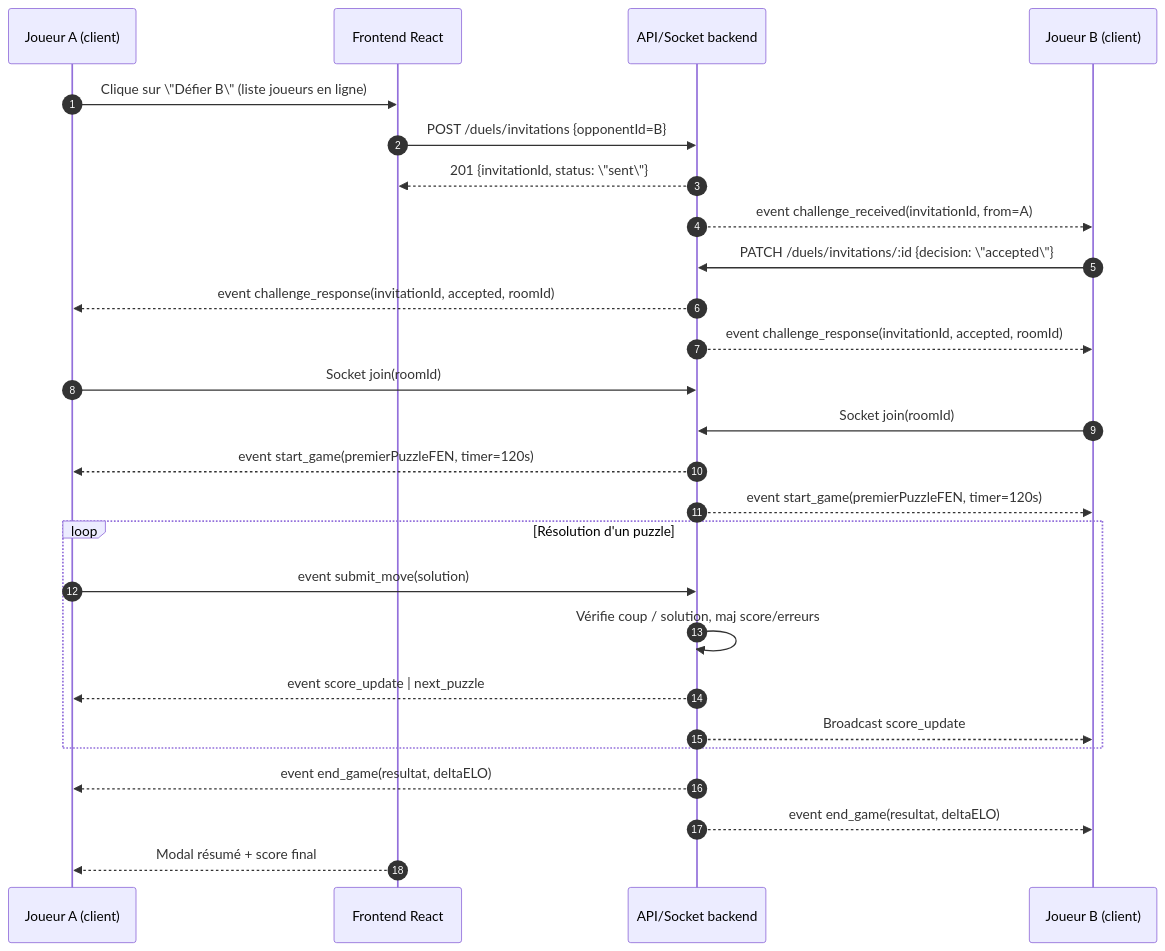
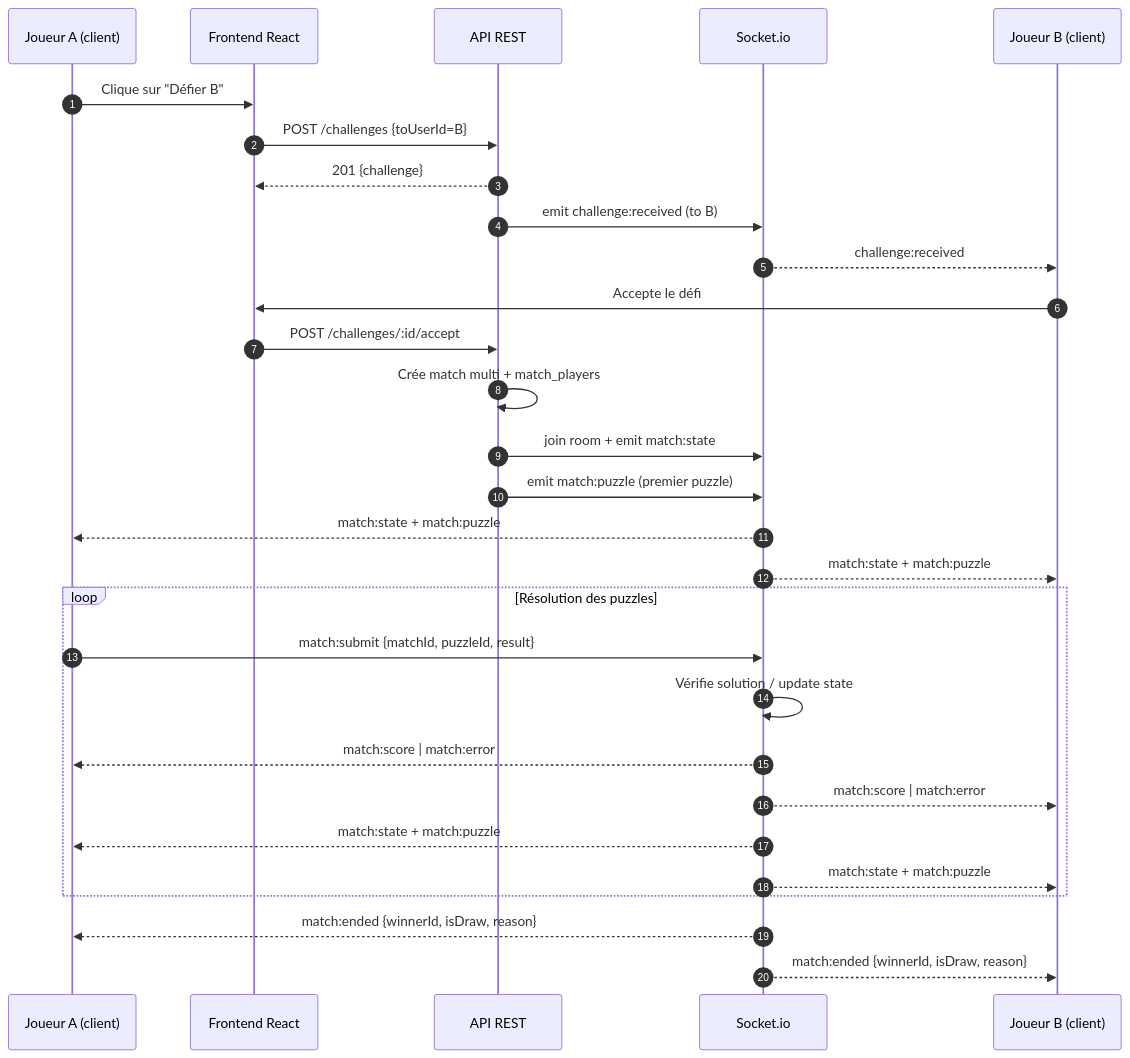
The first of 2 diagrams in docs/diagrammes-sequence.md (suleyyerli/project-chess), drawn with Mermaid before and after one commit. The commit also changed other lines of this file and 13 other files, not shown here.

Commit message:
MAJ des docs

````diff
--- a/docs/diagrammes-sequence.md
+++ b/docs/diagrammes-sequence.md
@@ -5,29 +5,35 @@
 ```mermaid
 sequenceDiagram
     autonumber
     participant A as Joueur A (client)
     participant F as Frontend React
-    participant S as API/Socket backend
+    participant API as API REST
+    participant WS as Socket.io
     participant B as Joueur B (client)
 
-    A->>F: Clique sur \"Défier B\" (liste joueurs en ligne)
-    F->>S: POST /duels/invitations {opponentId=B}
-    S-->>F: 201 {invitationId, status: \"sent\"}
-    S-->>B: event challenge_received(invitationId, from=A)
-    B->>S: PATCH /duels/invitations/:id {decision: \"accepted\"}
-    S-->>A: event challenge_response(invitationId, accepted, roomId)
-    S-->>B: event challenge_response(invitationId, accepted, roomId)
-    A->>S: Socket join(roomId)
-    B->>S: Socket join(roomId)
-    S-->>A: event start_game(premierPuzzleFEN, timer=120s)
-    S-->>B: event start_game(premierPuzzleFEN, timer=120s)
-    loop Résolution d'un puzzle
-        A->>S: event submit_move(solution)
-        S->>S: Vérifie coup / solution, maj score/erreurs
-        S-->>A: event score_update | next_puzzle
-        S-->>B: Broadcast score_update
+    A->>F: Clique sur "Défier B"
+    F->>API: POST /challenges {toUserId=B}
+    API-->>F: 201 {challenge}
+    API->>WS: emit challenge:received (to B)
+    WS-->>B: challenge:received
+
+    B->>F: Accepte le défi
+    F->>API: POST /challenges/:id/accept
+    API->>API: Crée match multi + match_players
+    API->>WS: join room + emit match:state
+    API->>WS: emit match:puzzle (premier puzzle)
+    WS-->>A: match:state + match:puzzle
+    WS-->>B: match:state + match:puzzle
+
+    loop Résolution des puzzles
+        A->>WS: match:submit {matchId, puzzleId, result}
+        WS->>WS: Vérifie solution / update state
+        WS-->>A: match:score | match:error
+        WS-->>B: match:score | match:error
+        WS-->>A: match:state + match:puzzle
+        WS-->>B: match:state + match:puzzle
     end
-    S-->>A: event end_game(resultat, deltaELO)
-    S-->>B: event end_game(resultat, deltaELO)
-    F-->>A: Modal résumé + score final
+
+    WS-->>A: match:ended {winnerId, isDraw, reason}
+    WS-->>B: match:ended {winnerId, isDraw, reason}
 ```
````
